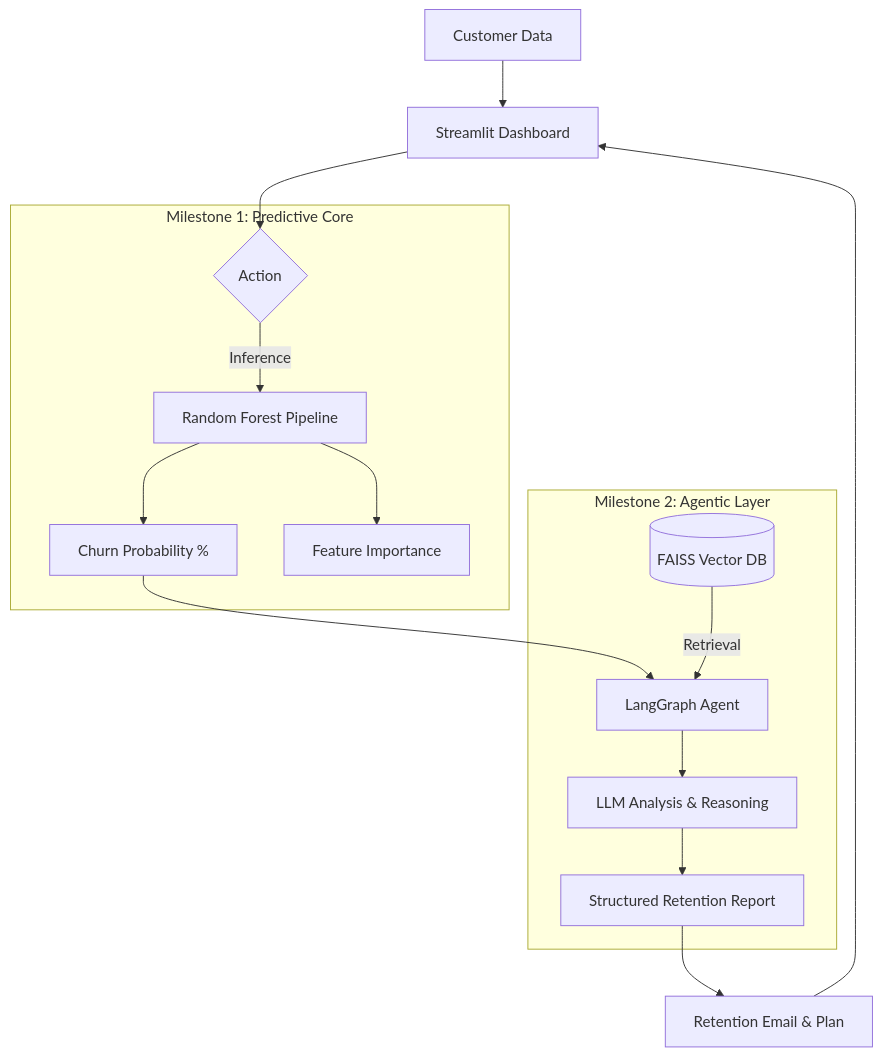
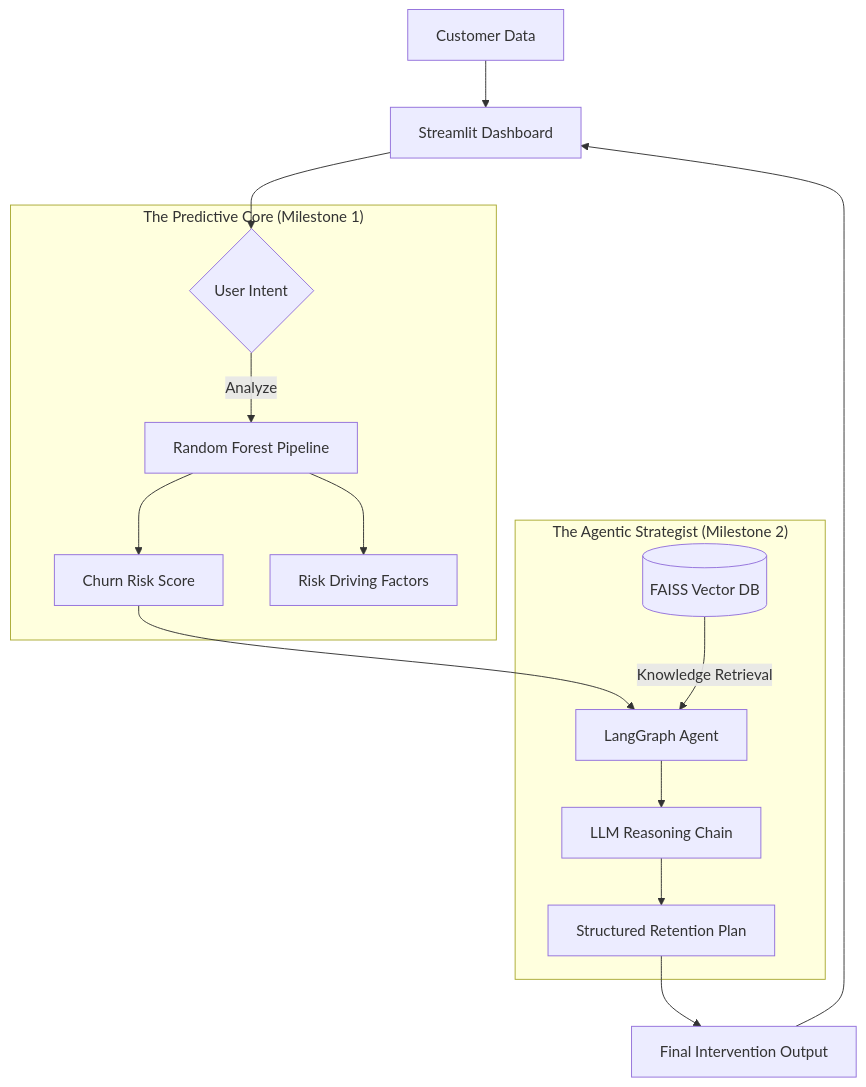
Before and after one commit to MAYANKSHARMA01010/Slip: the diagram in docs/architecture_diagram.md, drawn with Mermaid. The commit also changed other lines of this file and 13 other files, not shown here.

````diff
--- a/docs/architecture_diagram.md
+++ b/docs/architecture_diagram.md
@@ -5,21 +7,21 @@
 ```mermaid
 graph TD
     A[Customer Data] --> B[Streamlit Dashboard]
-    B --> C{Action}
+    B --> C{User Intent}
     
-    subgraph "Milestone 1: Predictive Core"
-        C -->|Inference| D[Random Forest Pipeline]
-        D --> E[Churn Probability %]
-        D --> F[Feature Importance]
+    subgraph "The Predictive Core (Milestone 1)"
+        C -->|Analyze| D[Random Forest Pipeline]
+        D --> E[Churn Risk Score]
+        D --> F[Risk Driving Factors]
     end
     
-    subgraph "Milestone 2: Agentic Layer"
+    subgraph "The Agentic Strategist (Milestone 2)"
         E --> G[LangGraph Agent]
-        H[(FAISS Vector DB)] -->|Retrieval| G
-        G --> I[LLM Analysis & Reasoning]
-        I --> J[Structured Retention Report]
+        H[(FAISS Vector DB)] -->|Knowledge Retrieval| G
+        G --> I[LLM Reasoning Chain]
+        I --> J[Structured Retention Plan]
     end
     
-    J --> K[Retention Email & Plan]
+    J --> K[Final Intervention Output]
     K --> B
 ```
````
